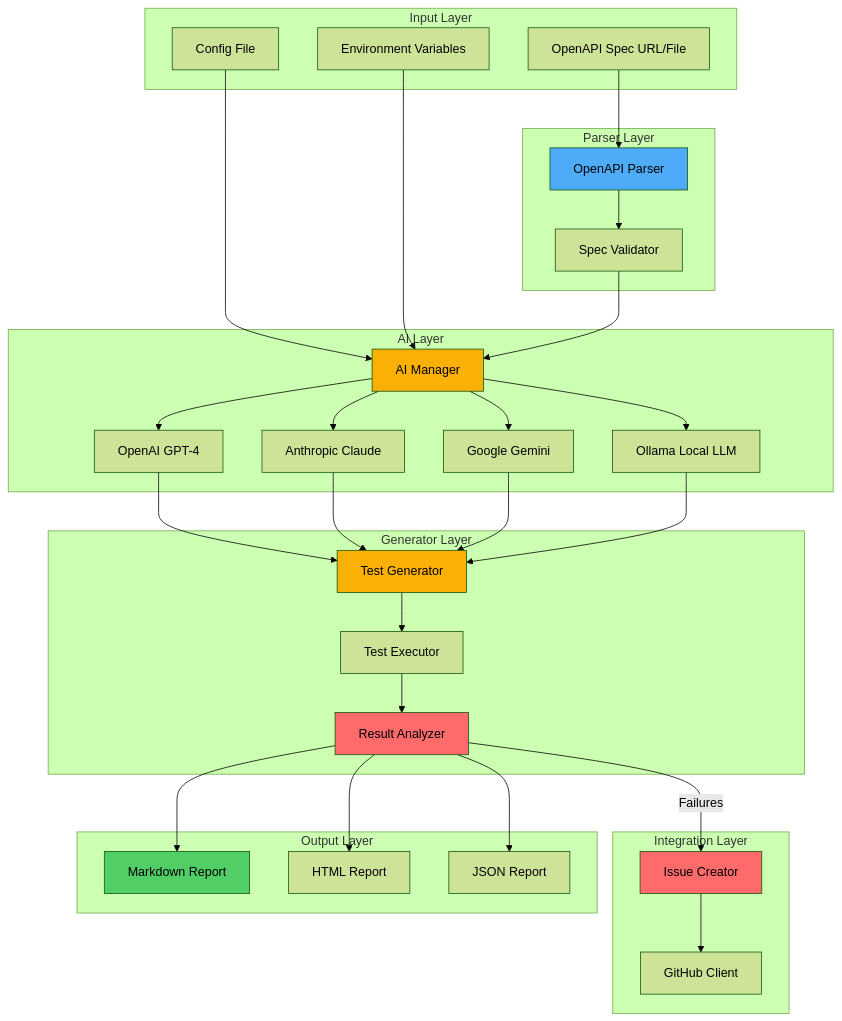
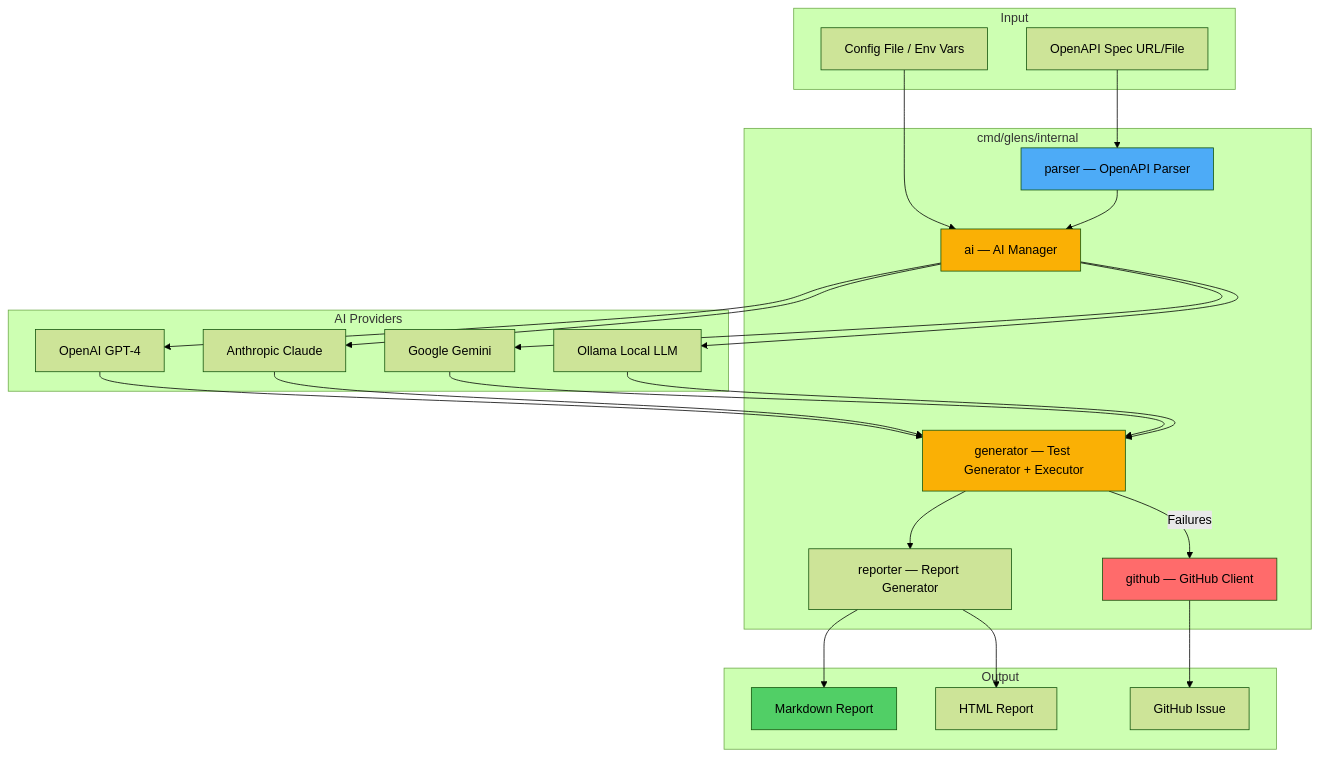
The third of 5 diagrams in docs/diagrams/architecture.md (aydabd/glens), drawn with Mermaid (forest theme) before and after one commit. The commit also changed other lines of this file and 8 other files, not shown here.

````diff
--- a/docs/diagrams/architecture.md
+++ b/docs/diagrams/architecture.md
@@ -54,71 +45,42 @@
 ```mermaid
 graph TB
-    subgraph "Input Layer"
+    subgraph "Input"
         URL[OpenAPI Spec URL/File]
-        CFG[Config File]
-        ENV[Environment Variables]
+        CFG[Config File / Env Vars]
     end
 
-    subgraph "Parser Layer"
-        PARSE[OpenAPI Parser]
-        VAL[Spec Validator]
+    subgraph "cmd/glens/internal"
+        PARSE[parser — OpenAPI Parser]
+        MGR[ai — AI Manager]
+        GEN[generator — Test Generator + Executor]
+        GH[github — GitHub Client]
+        REP[reporter — Report Generator]
     end
 
-    subgraph "AI Layer"
-        MGR[AI Manager]
+    subgraph "AI Providers"
         GPT[OpenAI GPT-4]
         CLAUDE[Anthropic Claude]
         GEMINI[Google Gemini]
         OLLAMA[Ollama Local LLM]
     end
 
-    subgraph "Generator Layer"
-        GEN[Test Generator]
-        EXEC[Test Executor]
-        ANAL[Result Analyzer]
-    end
-
-    subgraph "Integration Layer"
-        GH[GitHub Client]
-        ISSUE[Issue Creator]
-    end
-
-    subgraph "Output Layer"
+    subgraph "Output"
         MD[Markdown Report]
         HTML[HTML Report]
-        JSON[JSON Report]
+        ISSUE[GitHub Issue]
     end
 
     URL --> PARSE
     CFG --> MGR
-    ENV --> MGR
-    PARSE --> VAL
-    VAL --> MGR
-
-    MGR --> GPT
-    MGR --> CLAUDE
-    MGR --> GEMINI
-    MGR --> OLLAMA
-
-    GPT --> GEN
-    CLAUDE --> GEN
-    GEMINI --> GEN
-    OLLAMA --> GEN
-
-    GEN --> EXEC
-    EXEC --> ANAL
-
-    ANAL --> |Failures| ISSUE
-    ISSUE --> GH
-
-    ANAL --> MD
-    ANAL --> HTML
-    ANAL --> JSON
+    PARSE --> MGR
+    MGR --> GPT & CLAUDE & GEMINI & OLLAMA
+    GPT & CLAUDE & GEMINI & OLLAMA --> GEN
+    GEN --> |Failures| GH --> ISSUE
+    GEN --> REP --> MD & HTML
 
     style PARSE fill:#4dabf7
     style MGR fill:#fab005
     style GEN fill:#fab005
-    style ANAL fill:#ff6b6b
-    style ISSUE fill:#ff6b6b
+    style GH fill:#ff6b6b
     style MD fill:#51cf66
 ```
````
